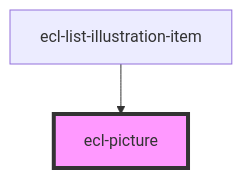
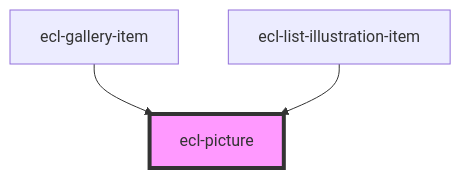
One commit to ec-europa/ecl-webcomponents changed the diagram in src/components/ecl-picture/readme.md. Above: the diagram before and after it, drawn with Mermaid. The commit also changed other lines of this file and 22 other files, not shown here.

````diff
--- a/src/components/ecl-picture/readme.md
+++ b/src/components/ecl-picture/readme.md
@@ -26,5 +27,6 @@
 ```mermaid
 graph TD;
+  ecl-gallery-item --> ecl-picture
   ecl-list-illustration-item --> ecl-picture
   style ecl-picture fill:#f9f,stroke:#333,stroke-width:4px
 ```
````
